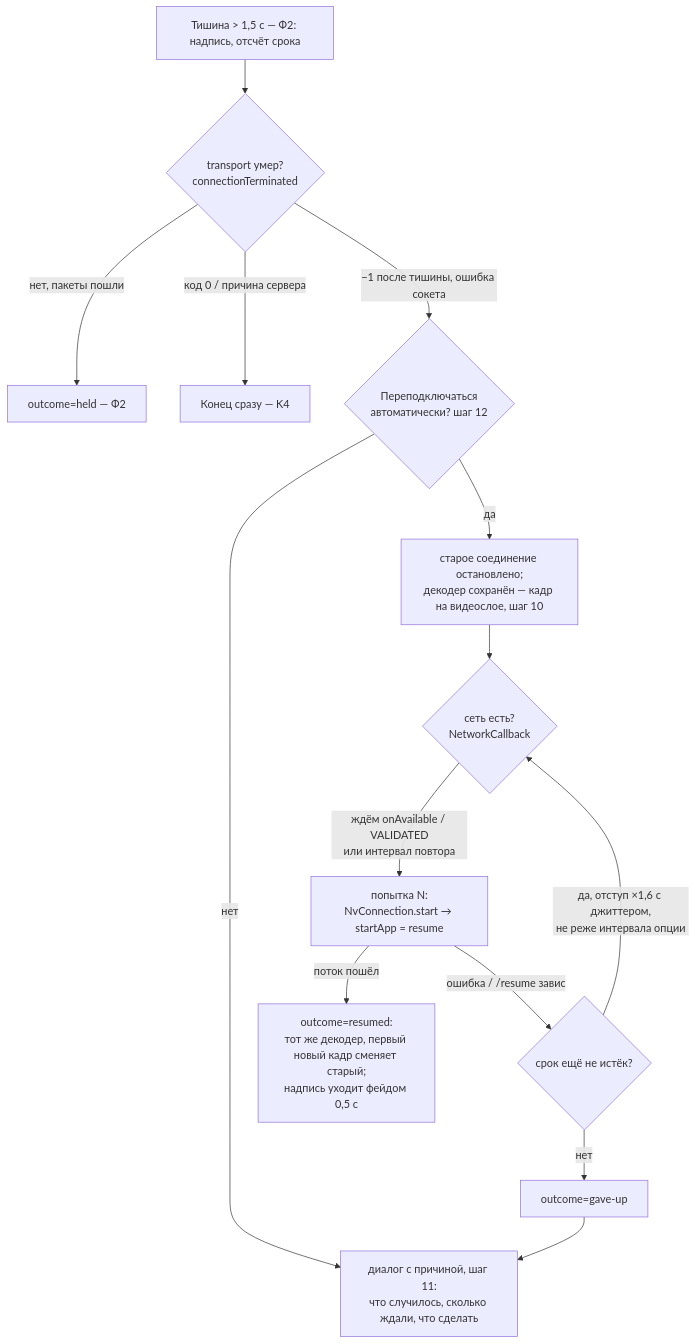
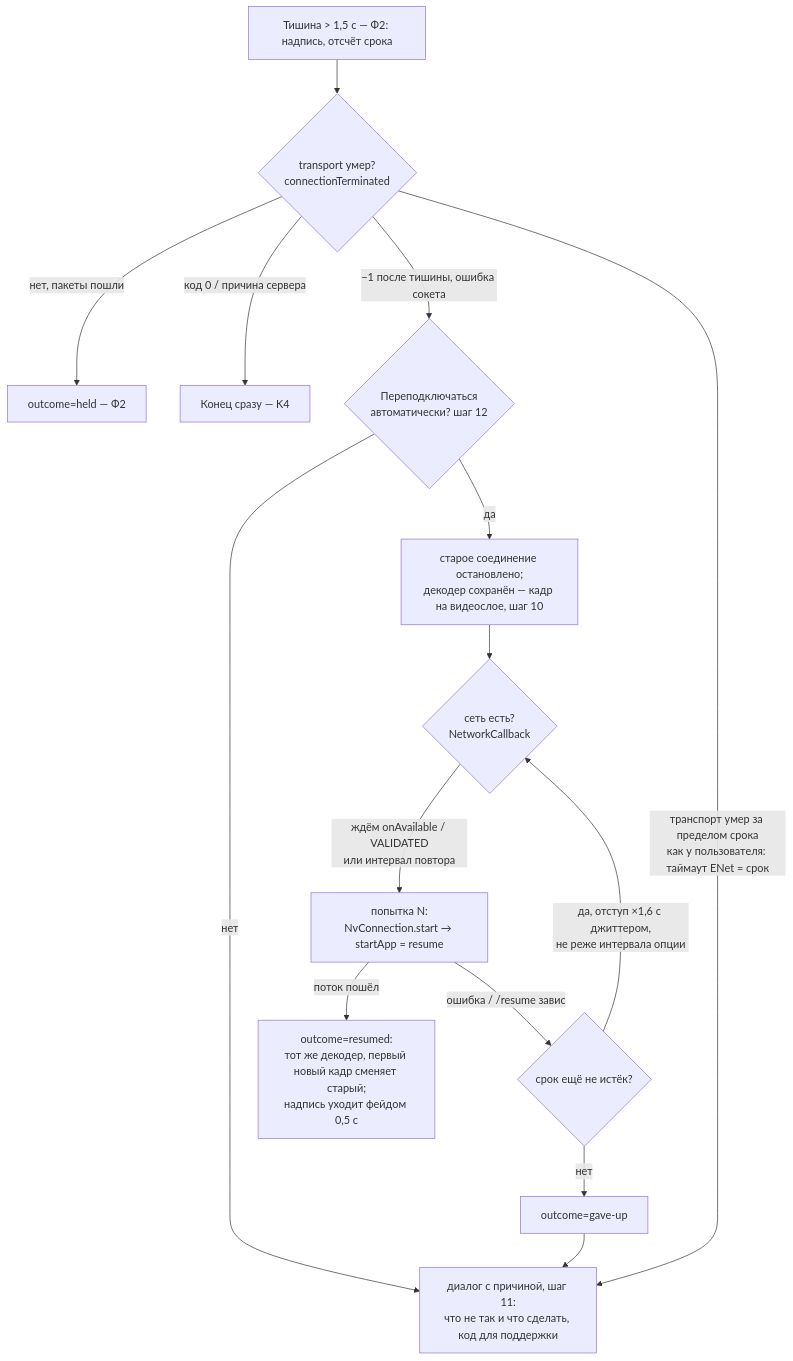
One commit to MikalaiKryvusha/KAST changed the diagram in plans/06_epic02_F3_resume.md. Above: the diagram before and after it, drawn with Mermaid. The commit also changed other lines of this file and 3 other files, not shown here.

First line of the commit message:
docs(Ф3, по четвёртому судье): план 06 — текст диалога по слову владельца и ветка «конец за пределом срока»; отчёт и комментарии без завышений; остаток — в передачу дел

````diff
--- a/plans/06_epic02_F3_resume.md
+++ b/plans/06_epic02_F3_resume.md
@@ -54,15 +54,16 @@
 ```mermaid
 flowchart TD
     T0[Тишина > 1,5 с — Ф2: надпись, отсчёт срока] --> Q{transport умер?<br/>connectionTerminated}
     Q -- нет, пакеты пошли --> H[outcome=held — Ф2]
     Q -- код 0 / причина сервера --> E[Конец сразу — K4]
     Q -- −1 после тишины, ошибка сокета --> O{Переподключаться<br/>автоматически? шаг 12}
     O -- нет --> D
     O -- да --> S[старое соединение остановлено;<br/>декодер сохранён — кадр на видеослое, шаг 10]
     S --> W{сеть есть?<br/>NetworkCallback}
     W -- ждём onAvailable / VALIDATED<br/>или интервал повтора --> A[попытка N:<br/>NvConnection.start → startApp = resume]
     A -- поток пошёл --> R[outcome=resumed:<br/>тот же декодер, первый новый кадр сменяет старый;<br/>надпись уходит фейдом 0,5 с]
     A -- ошибка / /resume завис --> B{срок ещё не истёк?}
     B -- да, отступ ×1,6 с джиттером,<br/>не реже интервала опции --> W
-    B -- нет --> G[outcome=gave-up] --> D[диалог с причиной, шаг 11:<br/>что случилось, сколько ждали, что сделать]
+    B -- нет --> G[outcome=gave-up] --> D[диалог с причиной, шаг 11:<br/>что не так и что сделать, код для поддержки]
+    Q -- транспорт умер за пределом срока<br/>как у пользователя: таймаут ENet = срок --> D
 ```
````
